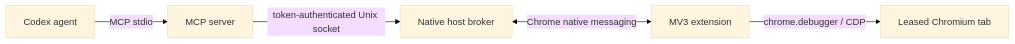
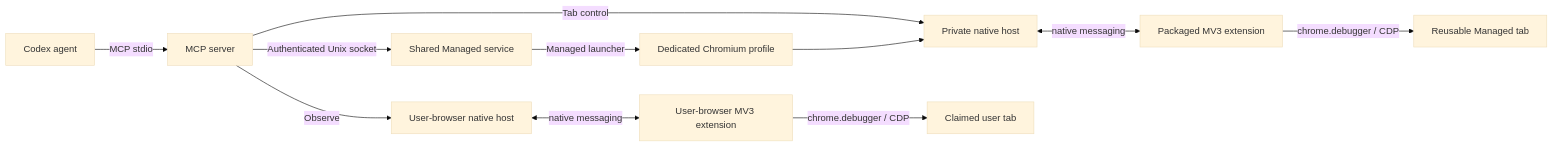
The diagram in docs/architecture.md (tasarren/chromex), drawn with Mermaid (base theme) before and after one commit. The commit also changed other lines of this file and 64 other files, not shown here.

Commit message:
Shared Managed Chromium with tab handoff and Observe consent for the user's Chromium

````diff
--- a/docs/architecture.md
+++ b/docs/architecture.md
@@ -5,7 +5,13 @@
 ```mermaid
 flowchart LR
     C[Codex agent] -->|MCP stdio| M[MCP server]
-    M -->|token-authenticated Unix socket| H[Native host broker]
-    H <-->|Chrome native messaging| E[MV3 extension]
-    E -->|chrome.debugger / CDP| T[Leased Chromium tab]
+    M -->|Observe| H[User-browser native host]
+    M -->|Authenticated Unix socket| S[Shared Managed service]
+    S -->|Managed launcher| B[Dedicated Chromium profile]
+    M -->|Tab control| H2[Private native host]
+    H <-->|native messaging| E1[User-browser MV3 extension]
+    B --> H2[Private native host]
+    H2 <-->|native messaging| E2[Packaged MV3 extension]
+    E1 -->|chrome.debugger / CDP| T1[Claimed user tab]
+    E2 -->|chrome.debugger / CDP| T2[Reusable Managed tab]
 ```
````
